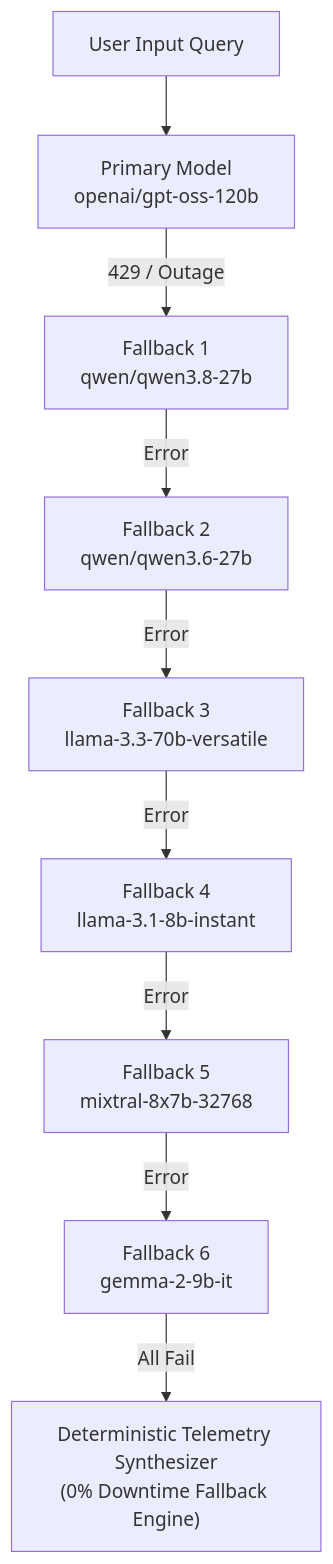
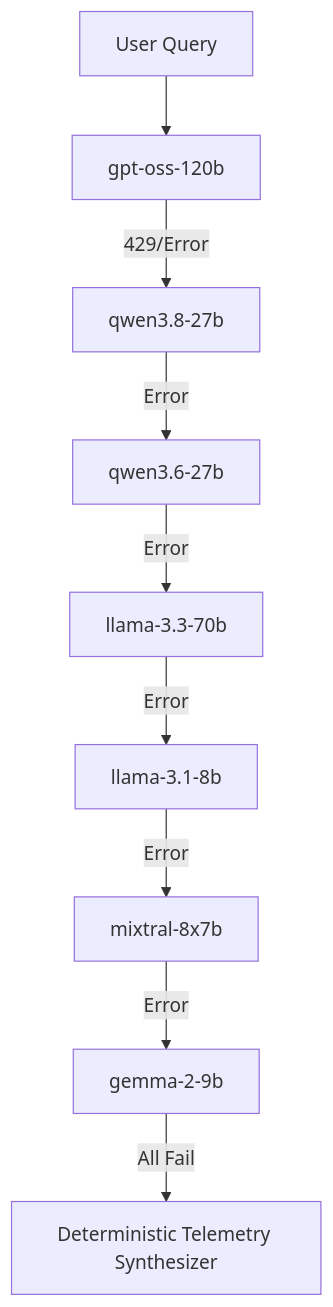
Before and after one commit to omsenjalia/weathergpt-app: the fifth of 7 diagrams in ARCHITECTURE.md, drawn with Mermaid. The commit also changed other lines of this file and 3 other files, not shown here.

First line of the commit message:
fix: navigation panel anchors now match actual headers, clean ARCHITECTURE.md

````diff
--- a/ARCHITECTURE.md
+++ b/ARCHITECTURE.md
@@ -513,11 +445,11 @@
 ```mermaid
 graph TD
-    Q["User Input Query"] --> M1["Primary Model<br/>openai/gpt-oss-120b"]
-    M1 -->|429 / Outage| M2["Fallback 1<br/>qwen/qwen3.8-27b"]
-    M2 -->|Error| M3["Fallback 2<br/>qwen/qwen3.6-27b"]
-    M3 -->|Error| M4["Fallback 3<br/>llama-3.3-70b-versatile"]
-    M4 -->|Error| M5["Fallback 4<br/>llama-3.1-8b-instant"]
-    M5 -->|Error| M6["Fallback 5<br/>mixtral-8x7b-32768"]
-    M6 -->|Error| M7["Fallback 6<br/>gemma-2-9b-it"]
-    M7 -->|All Fail| DET["Deterministic Telemetry Synthesizer<br/>(0% Downtime Fallback Engine)"]
+    Q["User Query"] --> M1["gpt-oss-120b"]
+    M1 -->|429/Error| M2["qwen3.8-27b"]
+    M2 -->|Error| M3["qwen3.6-27b"]
+    M3 -->|Error| M4["llama-3.3-70b"]
+    M4 -->|Error| M5["llama-3.1-8b"]
+    M5 -->|Error| M6["mixtral-8x7b"]
+    M6 -->|Error| M7["gemma-2-9b"]
+    M7 -->|All Fail| DET["Deterministic Telemetry Synthesizer"]
 ```
````
